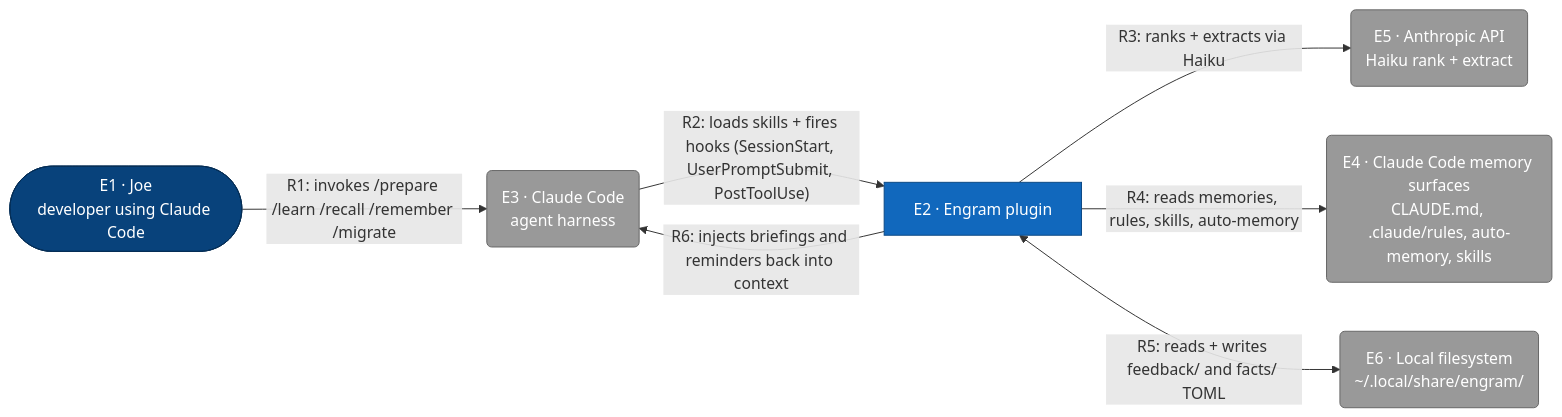
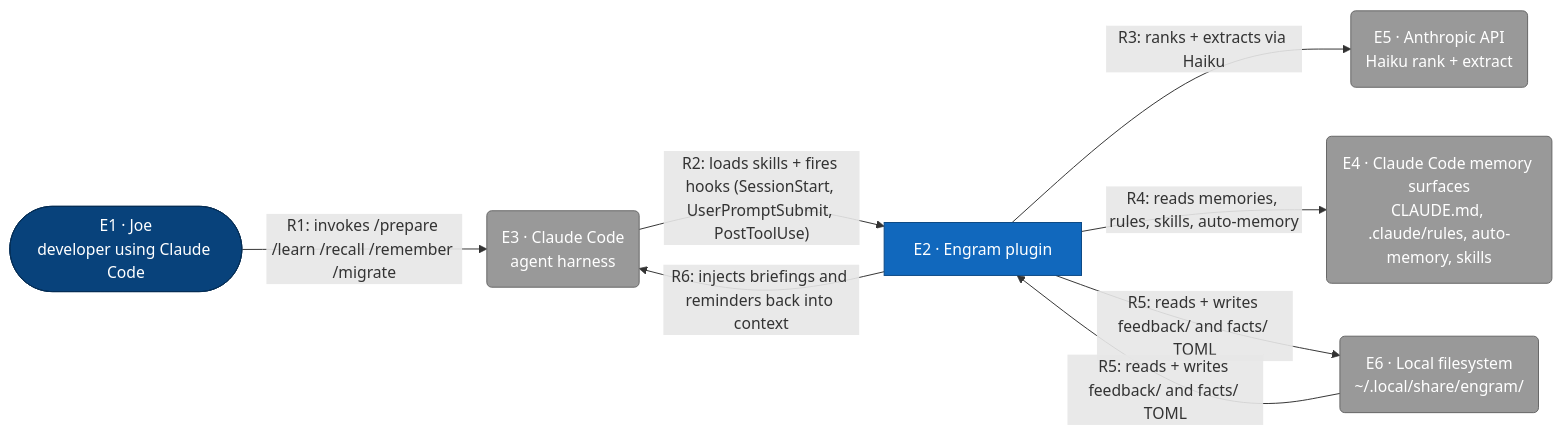
The diagram in dev/testdata/c4/valid_l1.md (toejough/engram), drawn with Mermaid before and after one commit. The commit also changed 2 other files, not shown here.

Commit message:
fix(dev/c4): emit two unidirectional edges for bidirectional rels
Mermaid's `<-->` syntax has both arrowheads in the spec but many
renderers (notably GitHub) drop one, leaving the relationship looking
one-way. Emit two `-->` edges sharing the same R-id label instead so
both arrowheads always render.

AI-Used: [claude]

````diff
--- a/dev/testdata/c4/valid_l1.md
+++ b/dev/testdata/c4/valid_l1.md
@@ -15,31 +15,32 @@
 ```mermaid
 flowchart LR
     classDef person      fill:#08427b,stroke:#052e56,color:#fff
     classDef external    fill:#999,   stroke:#666,   color:#fff
     classDef container   fill:#1168bd,stroke:#0b4884,color:#fff
 
     e1([E1 · Joe<br/>developer using Claude Code])
     e2[E2 · Engram plugin]
     e3(E3 · Claude Code<br/>agent harness)
     e4(E4 · Claude Code memory surfaces<br/>CLAUDE.md, .claude/rules, auto-memory, skills)
     e5(E5 · Anthropic API<br/>Haiku rank + extract)
     e6(E6 · Local filesystem<br/>~/.local/share/engram/)
 
     e1 -->|"R1: invokes /prepare /learn /recall /remember /migrate"| e3
     e3 -->|"R2: loads skills + fires hooks (SessionStart, UserPromptSubmit, PostToolUse)"| e2
     e2 -->|"R3: ranks + extracts via Haiku"| e5
     e2 -->|"R4: reads memories, rules, skills, auto-memory"| e4
-    e2 <-->|"R5: reads + writes feedback/ and facts/ TOML"| e6
+    e2 -->|"R5: reads + writes feedback/ and facts/ TOML"| e6
+    e6 -->|"R5: reads + writes feedback/ and facts/ TOML"| e2
     e2 -->|"R6: injects briefings and reminders back into context"| e3
 
     class e1 person
     class e3,e4,e5,e6 external
     class e2 container
 
     click e1 href "#e1-joe" "Joe"
     click e2 href "#e2-engram-plugin" "Engram plugin"
     click e3 href "#e3-claude-code" "Claude Code"
     click e4 href "#e4-claude-code-memory-surfaces" "Claude Code memory surfaces"
     click e5 href "#e5-anthropic-api" "Anthropic API"
     click e6 href "#e6-local-filesystem" "Local filesystem"
 ```
````
